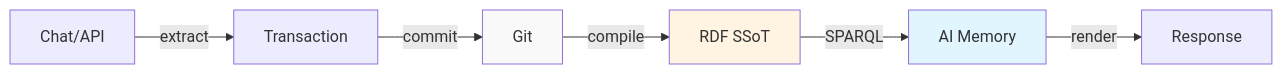
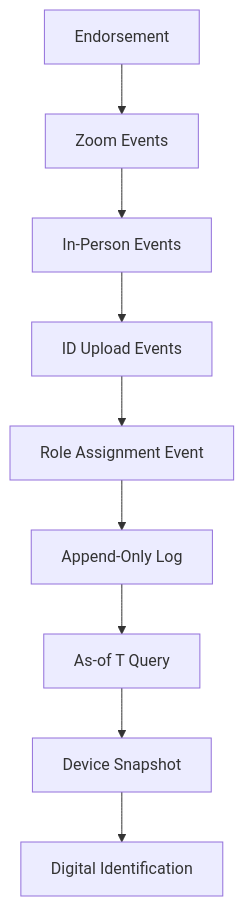
The third of 5 diagrams in conj-talk-2025.md (Synthetic-Identity-Co/conj-talk-2025), drawn with Mermaid before and after one commit. The commit also changed other lines of this file, not shown here.

````diff
--- a/conj-talk-2025.md
+++ b/conj-talk-2025.md
@@ -259,12 +174,11 @@
 ```mermaid
-graph LR
-    A[Chat/API] -->|extract| B[Transaction]
-    B -->|commit| C[Git]
-    C -->|compile| D[RDF SSoT]
-    D -->|SPARQL| E[AI Memory]
-    E -->|render| F[Response]
-    
-    style C fill:#f9f9f9
-    style D fill:#fff4e1
-    style E fill:#e1f5ff
+graph TD
+    A[Endorsement] --> B[Zoom Events]
+    B --> C[In-Person Events]
+    C --> D[ID Upload Events]
+    D --> E[Role Assignment Event]
+    E --> F[Append-Only Log]
+    F --> G[As-of T Query]
+    G --> H[Device Snapshot]
+    H --> I[Digital Identification]
 ```
````
